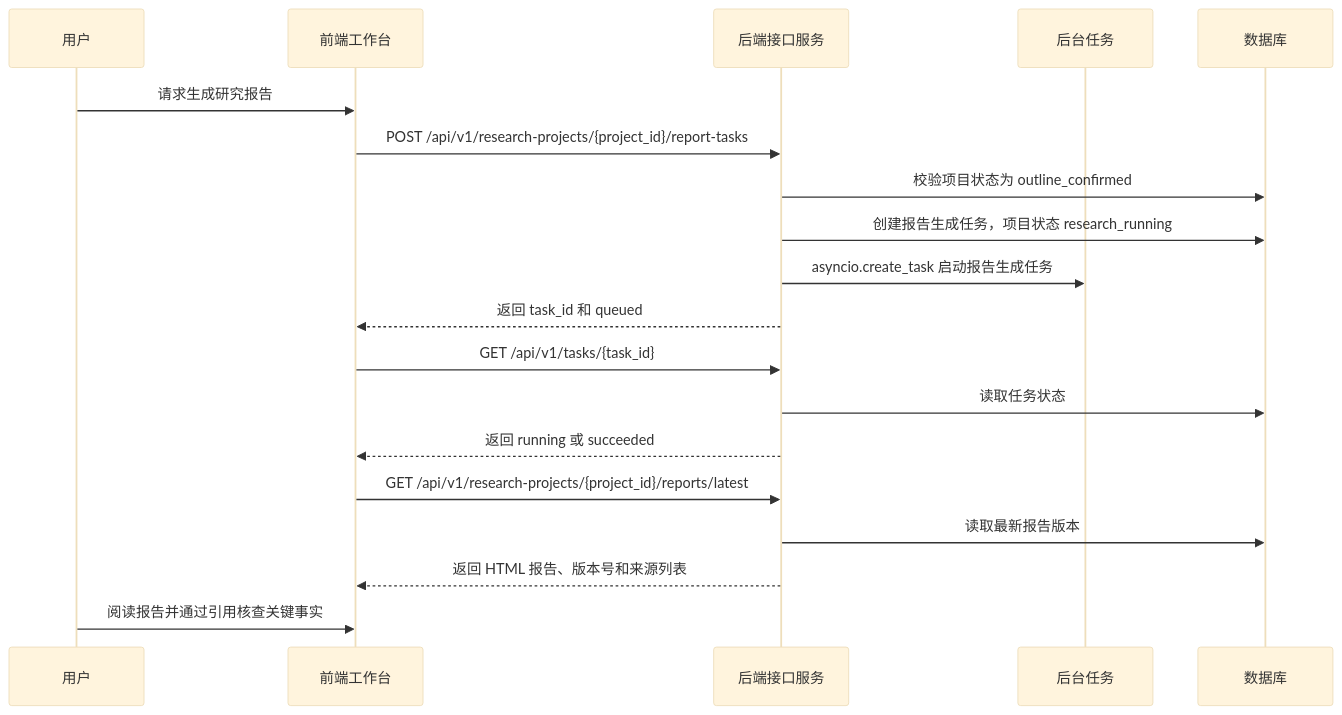
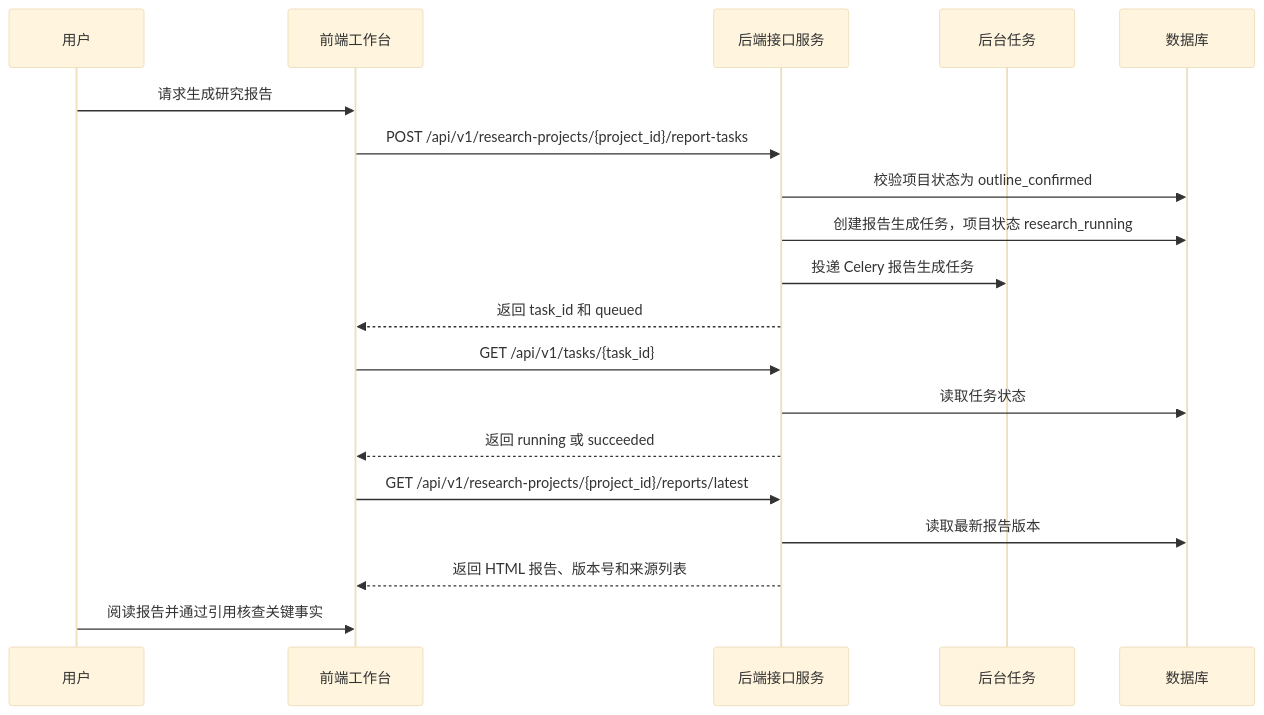
The fourth of 8 diagrams in 最终课件/01_项目概述与架构设计.md (JxKim/DeepResearch), drawn with Mermaid before and after one commit. The commit also changed other lines of this file and 28 other files, not shown here.

````diff
--- a/最终课件/01_项目概述与架构设计.md
+++ b/最终课件/01_项目概述与架构设计.md
@@ -236,26 +184,26 @@
 ```mermaid
 %%{init: {'theme': 'base', 'themeVariables': { 'fontSize': '16px'}}}%%
 sequenceDiagram
 
     participant 用户
     participant 前端工作台
     participant 后端接口服务
     participant 后台任务
     participant 数据库
 
     用户->>前端工作台: 请求生成研究报告
     前端工作台->>后端接口服务: POST /api/v1/research-projects/{project_id}/report-tasks
     后端接口服务->>数据库: 校验项目状态为 outline_confirmed
     后端接口服务->>数据库: 创建报告生成任务，项目状态 research_running
-    后端接口服务->>后台任务: asyncio.create_task 启动报告生成任务
+    后端接口服务->>后台任务: 投递 Celery 报告生成任务
     后端接口服务-->>前端工作台: 返回 task_id 和 queued
 
     前端工作台->>后端接口服务: GET /api/v1/tasks/{task_id}
     后端接口服务->>数据库: 读取任务状态
     后端接口服务-->>前端工作台: 返回 running 或 succeeded
 
     前端工作台->>后端接口服务: GET /api/v1/research-projects/{project_id}/reports/latest
     后端接口服务->>数据库: 读取最新报告版本
     后端接口服务-->>前端工作台: 返回 HTML 报告、版本号和来源列表
     用户->>前端工作台: 阅读报告并通过引用核查关键事实
 ```
````
